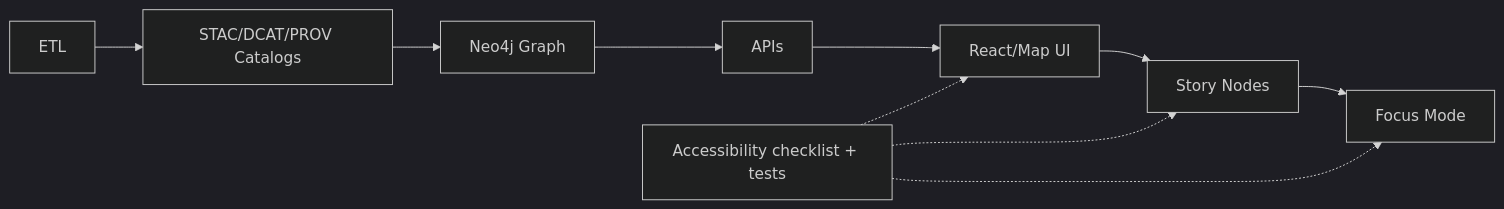
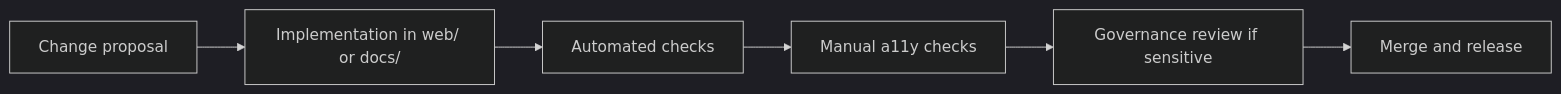
Before and after one commit to bartytime4life/Kansas-Frontier-Matrix: the diagram in docs/accessibility/checklist.md, drawn with Mermaid (dark theme). The commit also changed other lines of this file, not shown here.

Commit message:
Update accessibility checklist metadata and content

```diff
--- a/docs/accessibility/checklist.md
+++ b/docs/accessibility/checklist.md
@@ -248,12 +151,8 @@
 ~~~mermaid
 flowchart LR
-  A[ETL] --> B[STAC/DCAT/PROV Catalogs]
-  B --> C[Neo4j Graph]
-  C --> D[APIs]
-  D --> E[React/Map UI]
-  E --> F[Story Nodes]
-  F --> G[Focus Mode]
-  H[Accessibility checklist + tests] -.-> E
-  H -.-> F
-  H -.-> G
+  A["Change proposal"] --> B["Implementation in web/ or docs/"]
+  B --> C["Automated checks"]
+  C --> D["Manual a11y checks"]
+  D --> E["Governance review if sensitive"]
+  E --> F["Merge and release"]
 ~~~
```
